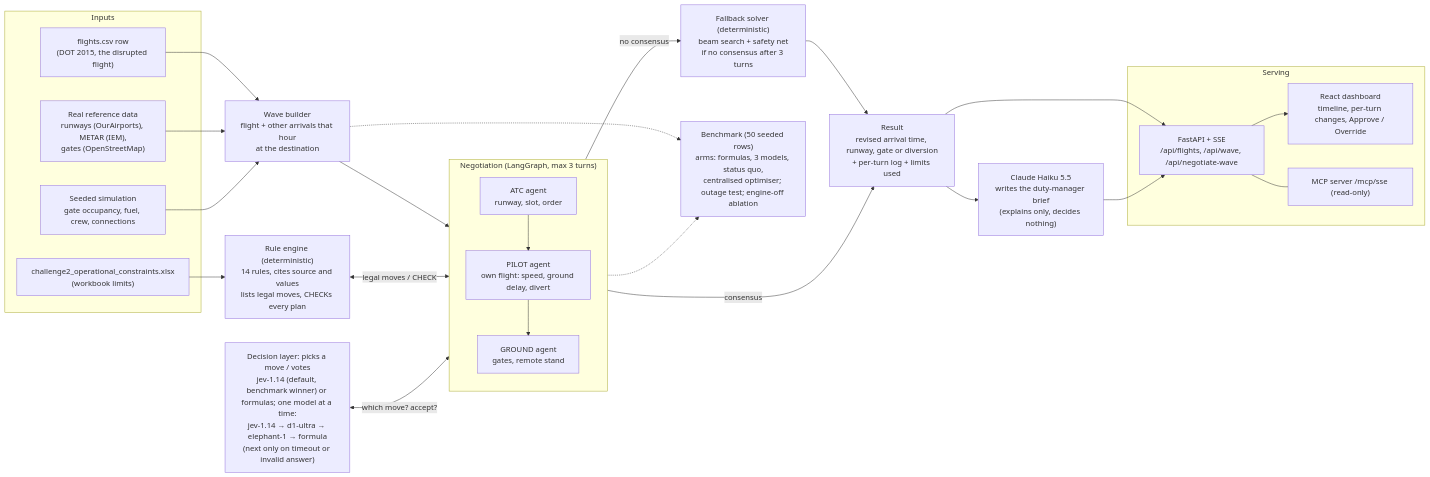
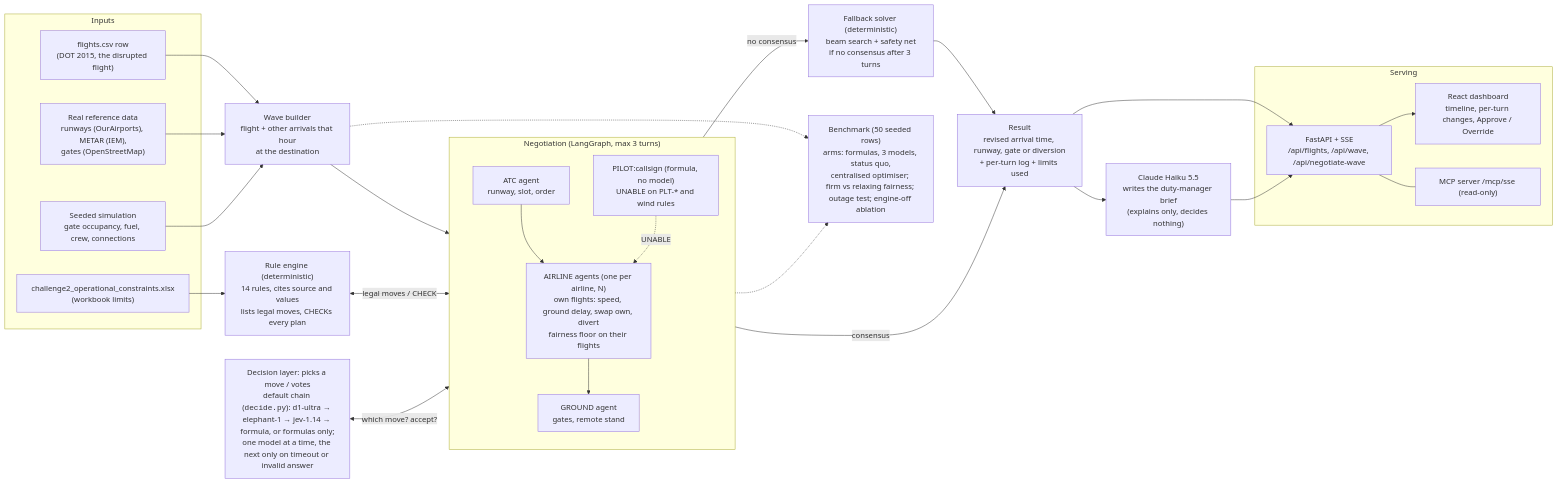
The first of 2 diagrams in README.md (zhihaohong52/final_approach), drawn with Mermaid before and after one commit. The commit also changed other lines of this file and 3 other files, not shown here.

First line of the commit message:
docs: airline agents, pilot UNABLE, the three-agent deviation and v4-airlines numbers

````diff
--- a/README.md
+++ b/README.md
@@ -49,50 +65,52 @@
 ```mermaid
 flowchart LR
   subgraph DATA["Inputs"]
     F["flights.csv row<br/>(DOT 2015, the disrupted flight)"]
     WB["challenge2_operational_constraints.xlsx<br/>(workbook limits)"]
     REF["Real reference data<br/>runways (OurAirports), METAR (IEM),<br/>gates (OpenStreetMap)"]
     SIM["Seeded simulation<br/>gate occupancy, fuel, crew, connections"]
   end
 
   BUILD["Wave builder<br/>flight + other arrivals that hour<br/>at the destination"]
   F --> BUILD
   REF --> BUILD
   SIM --> BUILD
 
   subgraph NEG["Negotiation (LangGraph, max 3 turns)"]
     direction TB
     ATC["ATC agent<br/>runway, slot, order"]
-    PIL["PILOT agent<br/>own flight: speed, ground delay, divert"]
+    AIR["AIRLINE agents (one per airline, N)<br/>own flights: speed, ground delay, swap own, divert<br/>fairness floor on their flights"]
     GND["GROUND agent<br/>gates, remote stand"]
-    ATC --> PIL --> GND
+    ATC --> AIR --> GND
+    PLT["PILOT:callsign (formula, no model)<br/>UNABLE on PLT-* and wind rules"]
+    PLT -.->|"UNABLE"| AIR
   end
 
   ENGINE["Rule engine (deterministic)<br/>14 rules, cites source and values<br/>lists legal moves, CHECKs every plan"]
-  DEC["Decision layer: picks a move / votes<br/>jev-1.14 (default, benchmark winner) or formulas; one model at a time:<br/>jev-1.14 → d1-ultra → elephant-1 → formula<br/>(next only on timeout or invalid answer)"]
+  DEC["Decision layer: picks a move / votes<br/>default chain (<code>decide.py</code>): d1-ultra → elephant-1 → jev-1.14 → formula, or formulas only;<br/>one model at a time, the next only on timeout or invalid answer"]
   FB["Fallback solver (deterministic)<br/>beam search + safety net<br/>if no consensus after 3 turns"]
   NAR["Claude Haiku 5.5<br/>writes the duty-manager brief<br/>(explains only, decides nothing)"]
 
   BUILD --> NEG
   WB --> ENGINE
   ENGINE <-->|"legal moves / CHECK"| NEG
   DEC <-->|"which move? accept?"| NEG
   NEG -->|"no consensus"| FB
   FB --> OUT
   NEG -->|"consensus"| OUT
   OUT["Result<br/>revised arrival time, runway, gate or diversion<br/>+ per-turn log + limits used"]
   OUT --> NAR
 
   subgraph SERVE["Serving"]
     API["FastAPI + SSE<br/>/api/flights, /api/wave, /api/negotiate-wave"]
     UI["React dashboard<br/>timeline, per-turn changes, Approve / Override"]
     MCP["MCP server /mcp/sse (read-only)"]
   end
   OUT --> API --> UI
   NAR --> API
   API --- MCP
 
-  BENCH["Benchmark (50 seeded rows)<br/>arms: formulas, 3 models, status quo,<br/>centralised optimiser; outage test; engine-off ablation"]
+  BENCH["Benchmark (50 seeded rows)<br/>arms: formulas, 3 models, status quo,<br/>centralised optimiser; firm vs relaxing fairness; outage test; engine-off ablation"]
   BUILD -.-> BENCH
   NEG -.-> BENCH
 ```
````
